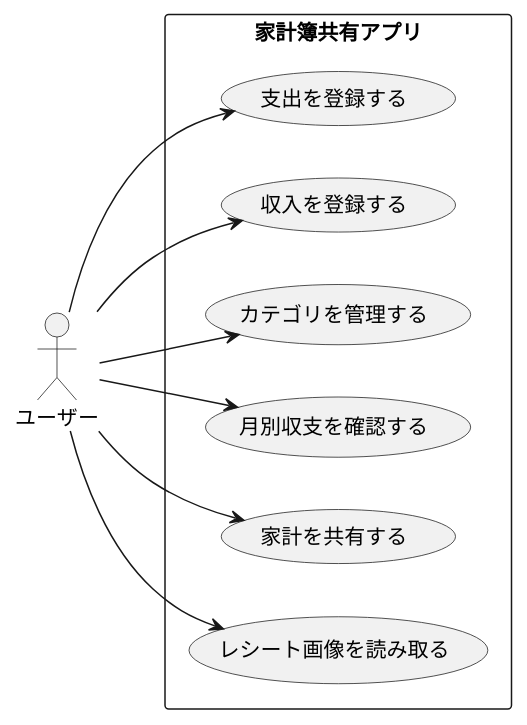
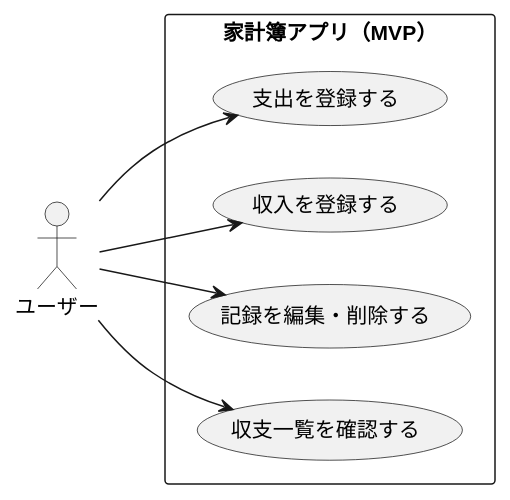
One commit to sgupge2524/expense-tracker changed the diagram in expense-tracker/docs/diagram/usecase.puml. Above: the diagram before and after it, drawn with PlantUML. The commit also changed other lines of this file and 1 other file, not shown here.

Commit message:
ユースケース図を修正した。

```diff
--- a/expense-tracker/docs/diagram/usecase.puml
+++ b/expense-tracker/docs/diagram/usecase.puml
@@ -1,23 +2,19 @@
 @startuml
 left to right direction
 actor "ユーザー" as User
 
-rectangle "家計簿共有アプリ" {
+rectangle "家計簿アプリ（MVP）" {
 
   usecase "支出を登録する" as UC1
   usecase "収入を登録する" as UC2
-  usecase "カテゴリを管理する" as UC3
-  usecase "月別収支を確認する" as UC4
-  usecase "家計を共有する" as UC5
-  usecase "レシート画像を読み取る" as UC6
+  usecase "記録を編集・削除する" as UC3
+  usecase "収支一覧を確認する" as UC4
 
 }
 
 User --> UC1
 User --> UC2
 User --> UC3
 User --> UC4
-User --> UC5
-User --> UC6
 
 @enduml
```
